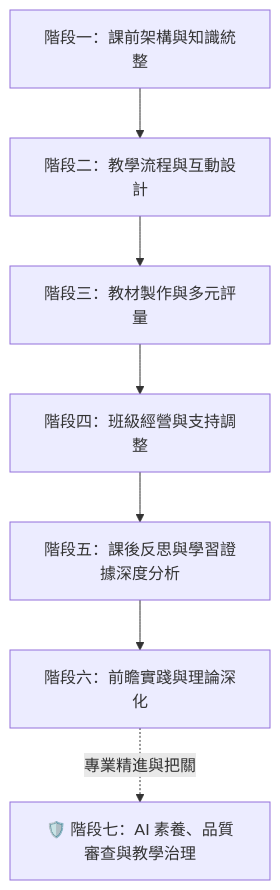
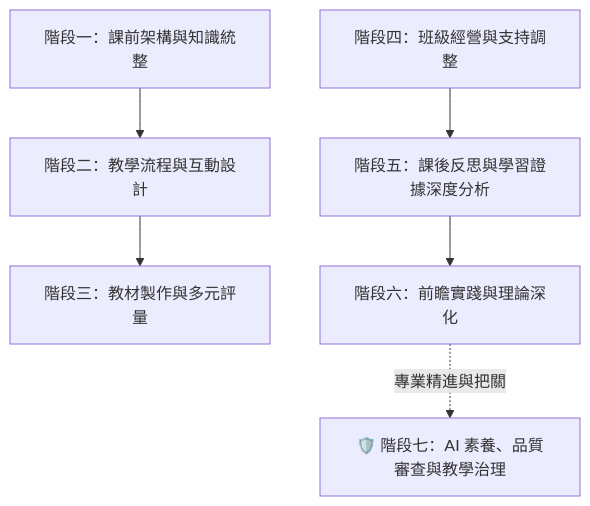
One commit to puti001/puti-ai-lesson-prep changed the diagram in 素養導向AI備課實戰指南.md. Above: the diagram before and after it, drawn with Mermaid. The commit also changed other lines of this file and 1 other file, not shown here.

````diff
--- a/素養導向AI備課實戰指南.md
+++ b/素養導向AI備課實戰指南.md
@@ -13,9 +13,8 @@
 ```mermaid
 graph TD
     A[階段一：課前架構與知識統整] --> B[階段二：教學流程與互動設計]
     B --> C[階段三：教材製作與多元評量]
-    C --> D[階段四：班級經營與支持調整]
-    D --> E[階段五：課後反思與學習證據深度分析]
+    D[階段四：班級經營與支持調整] --> E[階段五：課後反思與學習證據深度分析]
     E --> F[階段六：前瞻實踐與理論深化]
     F -.->|專業精進與把關| G[🛡️ 階段七：AI 素養、品質審查與教學治理]
 ```
````
